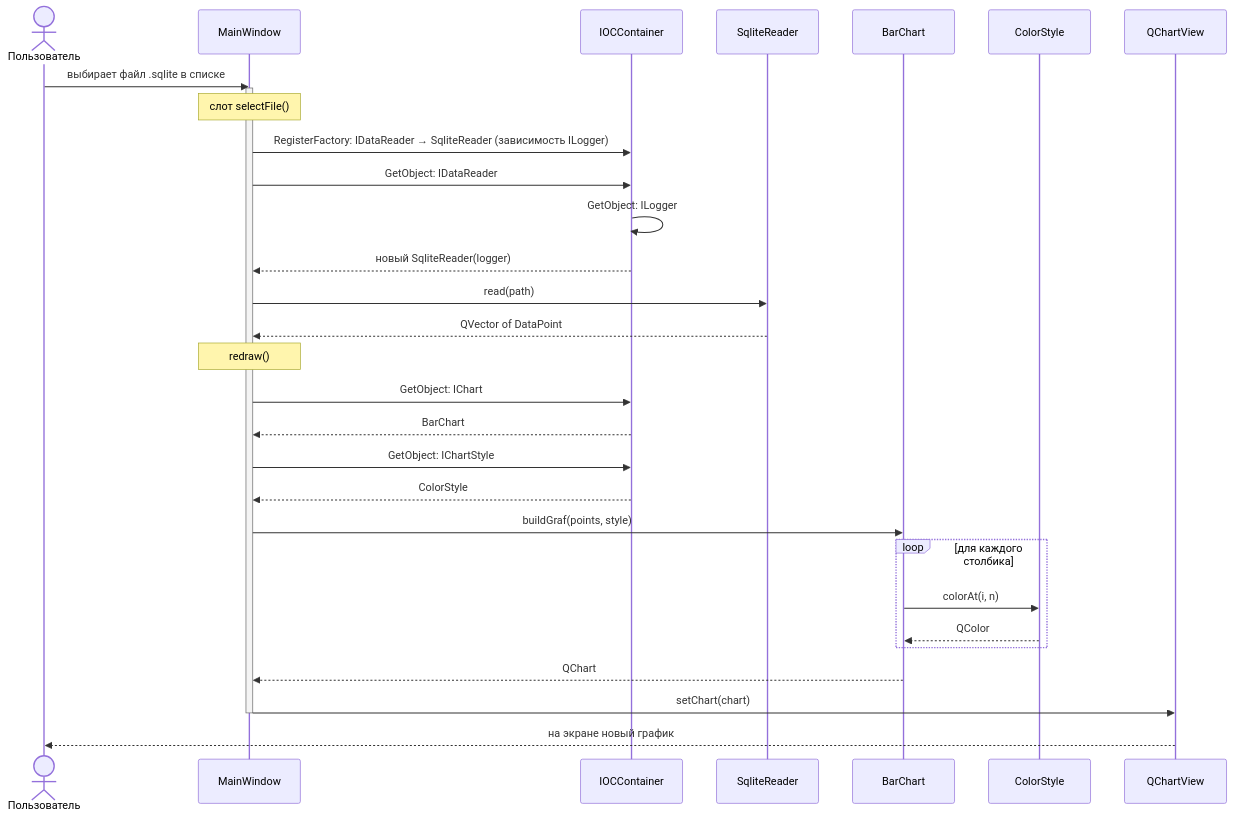
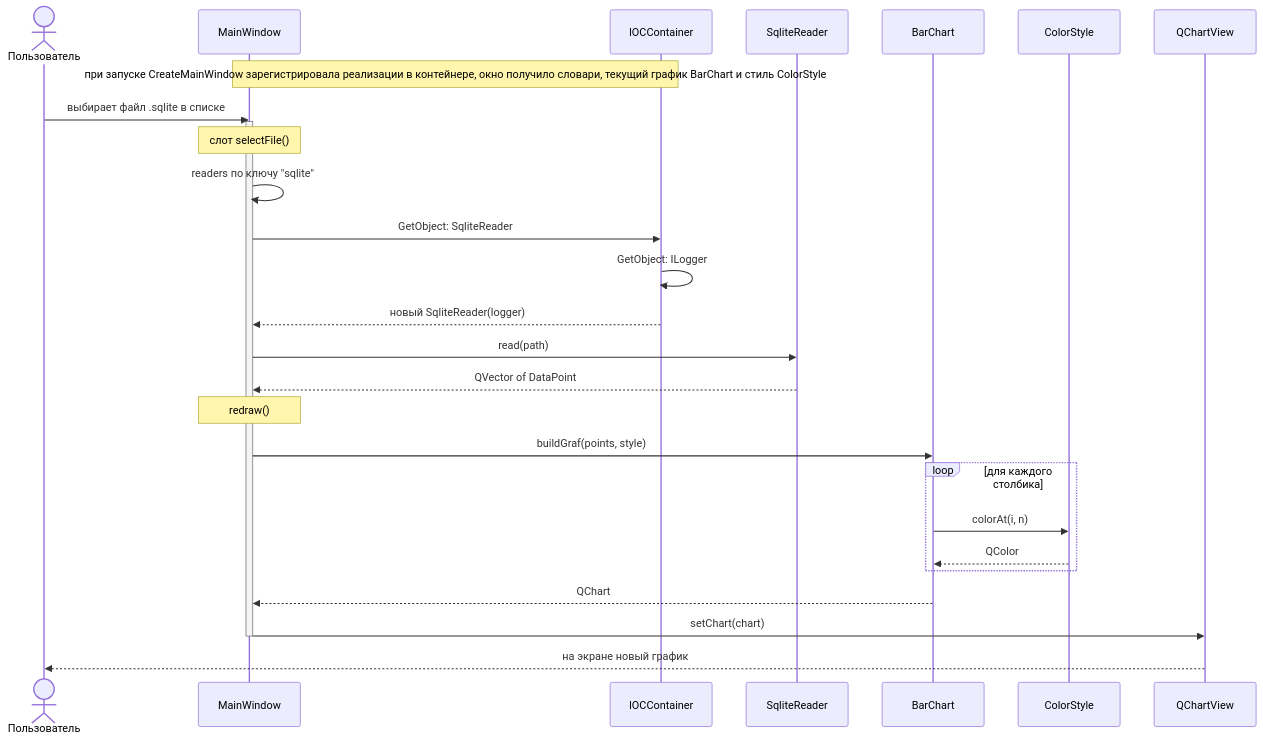
The third of 4 diagrams in README.md (ytochkaa/widgets), drawn with Mermaid before and after one commit. The commit also changed other lines of this file and 10 other files, not shown here.

Commit message:
все реализации регистрируются в IoC-контейнере в точке композиции, печать вынесена в PdfExporter

````diff
--- a/README.md
+++ b/README.md
@@ -328,39 +380,36 @@
 ```mermaid
 sequenceDiagram
     actor User as Пользователь
     participant W as MainWindow
     participant C as IOCContainer
     participant R as SqliteReader
     participant G as BarChart
     participant S as ColorStyle
     participant V as QChartView
 
+    Note over W,C: при запуске CreateMainWindow зарегистрировала реализации в контейнере, окно получило словари, текущий график BarChart и стиль ColorStyle
+
     User->>W: выбирает файл .sqlite в списке
     activate W
     Note over W: слот selectFile()
 
-    W->>C: RegisterFactory: IDataReader → SqliteReader (зависимость ILogger)
-    W->>C: GetObject: IDataReader
+    W->>W: readers по ключу "sqlite"
+    W->>C: GetObject: SqliteReader
     C->>C: GetObject: ILogger
     C-->>W: новый SqliteReader(logger)
 
     W->>R: read(path)
     R-->>W: QVector of DataPoint
 
     Note over W: redraw()
-    W->>C: GetObject: IChart
-    C-->>W: BarChart
-    W->>C: GetObject: IChartStyle
-    C-->>W: ColorStyle
-
     W->>G: buildGraf(points, style)
     loop для каждого столбика
         G->>S: colorAt(i, n)
         S-->>G: QColor
     end
     G-->>W: QChart
 
     W->>V: setChart(chart)
     deactivate W
     V-->>User: на экране новый график
 ```
````
